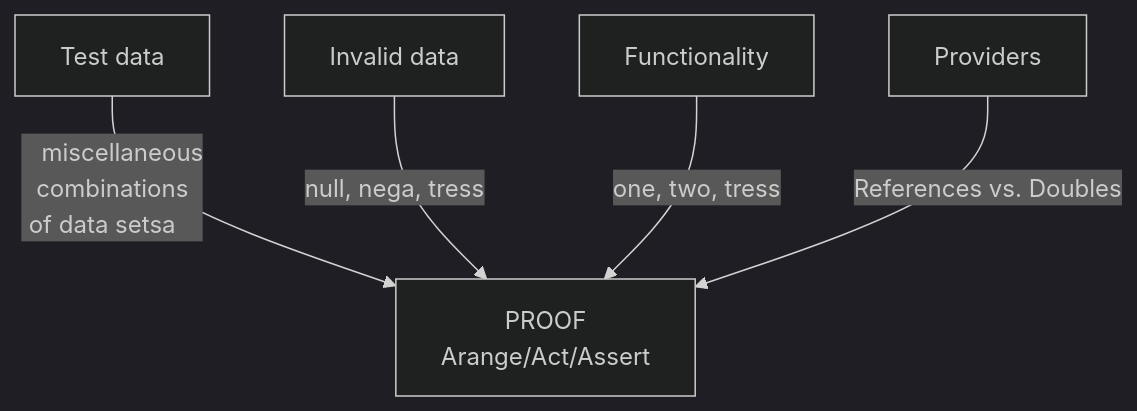
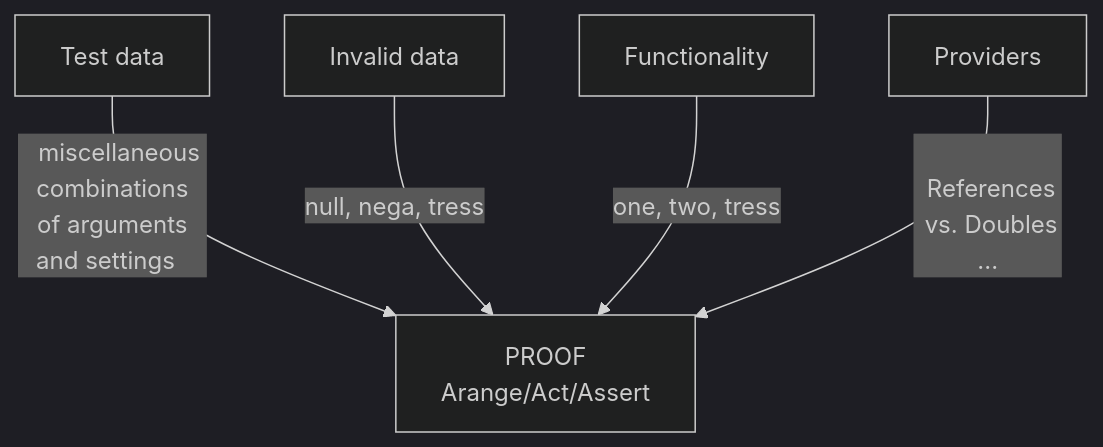
The diagram in README+/tests/README+/unit_test-multi_feed.md (Kyriosity/use-dev), drawn with Mermaid (dark theme) before and after one commit. The commit also changed other lines of this file, not shown here.

Commit message:
🐝✒️unit_test-multi_feed.md

````diff
--- a/README+/tests/README+/unit_test-multi_feed.md
+++ b/README+/tests/README+/unit_test-multi_feed.md
@@ -22,7 +9,7 @@
 ```mermaid
 graph TD
-    id1[Test data] -->|&nbsp;&nbsp;&nbsp;miscellaneous<br />combinations<br />of data setsa&nbsp;&nbsp;&nbsp;| UT[PROOF<br />Arange/Act/Assert]
+    id1[Test data] -->|&nbsp;&nbsp;&nbsp;miscellaneous&nbsp;<br />&nbsp;combinations&nbsp;<br />&nbsp;of arguments&nbsp;<br />&nbsp;and settings&nbsp;&nbsp;&nbsp;| UT[PROOF<br />Arange/Act/Assert]
     id2[Invalid data] -->|null, nega, tress| UT
     Functionality -->|one, two, tress| UT
-    Providers -->|References vs. Doubles| UT
+    Providers -->|<br />&nbsp;&nbsp;References&nbsp;<br />&nbsp;vs. Doubles<br />...| UT
 ```
````
